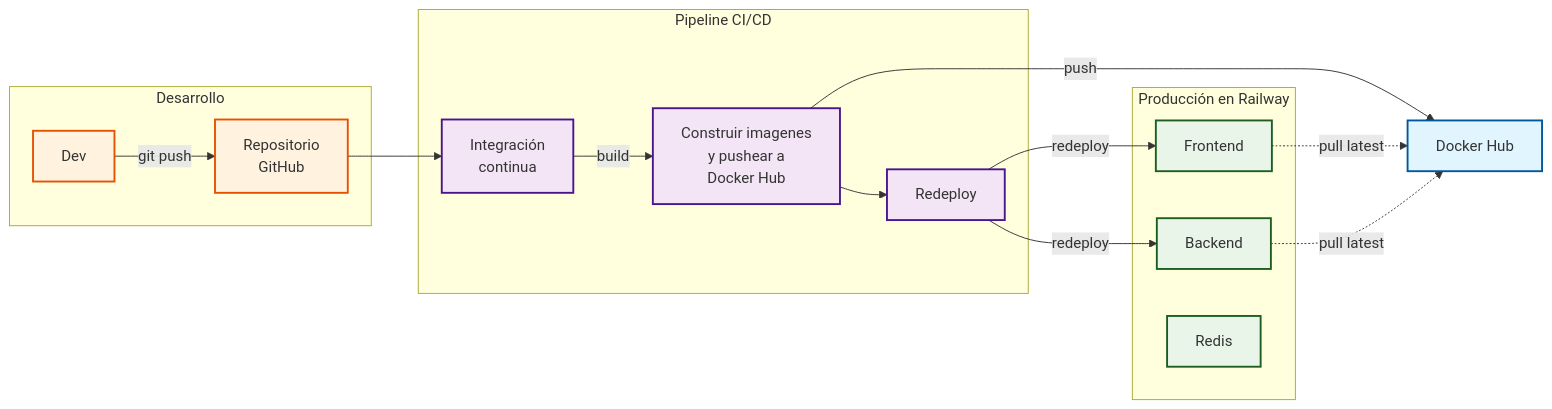
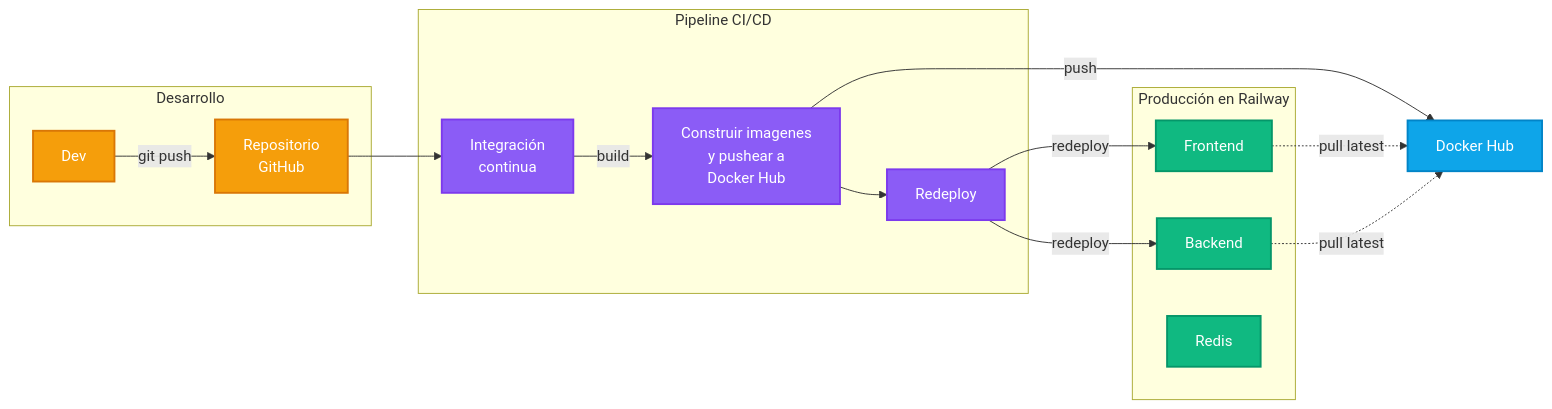
Before and after one commit to AldoOmarAndres/devops-practice: the second of 2 diagrams in README.md, drawn with Mermaid.

Commit message:
cambiar los colores de Mermaid a dark mode

````diff
--- a/README.md
+++ b/README.md
@@ -137,43 +137,43 @@
 ```mermaid
 graph LR
     subgraph "Desarrollo"
         DEV[Dev]
         GIT[Repositorio<br/>GitHub]
     end
 
     subgraph "Pipeline CI/CD"
         GA[Integración<br/>continua]
         BUILD[Construir imagenes<br/> y pushear a<br/>Docker Hub]
         REDEPLOY[Redeploy]
     end
 
     PUSH[Docker Hub]
 
     subgraph "Producción en Railway"
             RF[Frontend]
             RB[Backend]
             RR[Redis]
     end
 
     %% Deployment flow
     DEV -->|git push| GIT
     GIT --> GA
     GA -->|build| BUILD
     BUILD -->|push| PUSH
     BUILD --> REDEPLOY
     REDEPLOY -->|redeploy| RF
     REDEPLOY -->|redeploy| RB
     RF -.->|pull latest| PUSH
     RB -.->|pull latest| PUSH
 
     %% Styling
-    classDef dockerhub fill:#e1f5fe,stroke:#01579b,stroke-width:2px
-    classDef cicd fill:#f3e5f5,stroke:#4a148c,stroke-width:2px
-    classDef production fill:#e8f5e8,stroke:#1b5e20,stroke-width:2px
-    classDef development fill:#fff3e0,stroke:#e65100,stroke-width:2px
+    classDef dockerhub fill:#0ea5e9,stroke:#0284c7,stroke-width:2px,color:#ffffff
+    classDef cicd fill:#8b5cf6,stroke:#7c3aed,stroke-width:2px,color:#ffffff
+    classDef production fill:#10b981,stroke:#059669,stroke-width:2px,color:#ffffff
+    classDef development fill:#f59e0b,stroke:#d97706,stroke-width:2px,color:#ffffff
 
     class DEV,GIT development
     class GA,BUILD,REDEPLOY cicd
     class RF,RB,RR production
     class PUSH dockerhub
 ```
````
